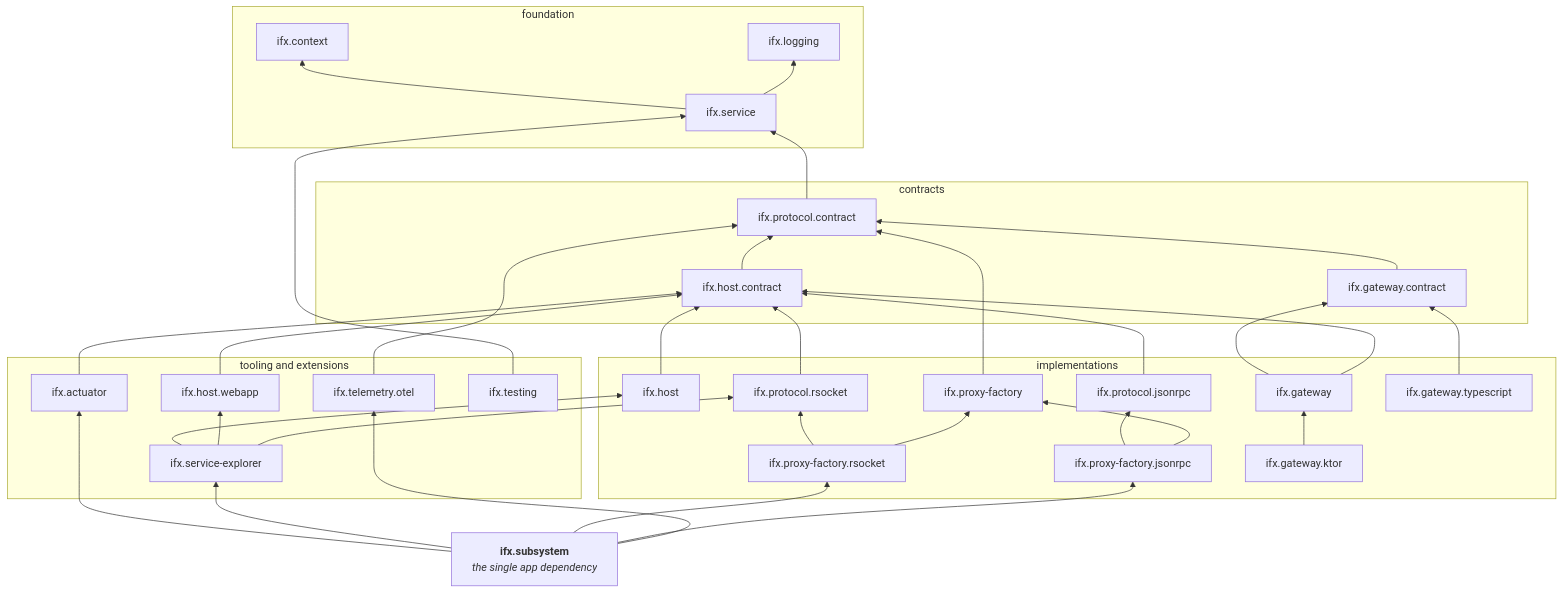
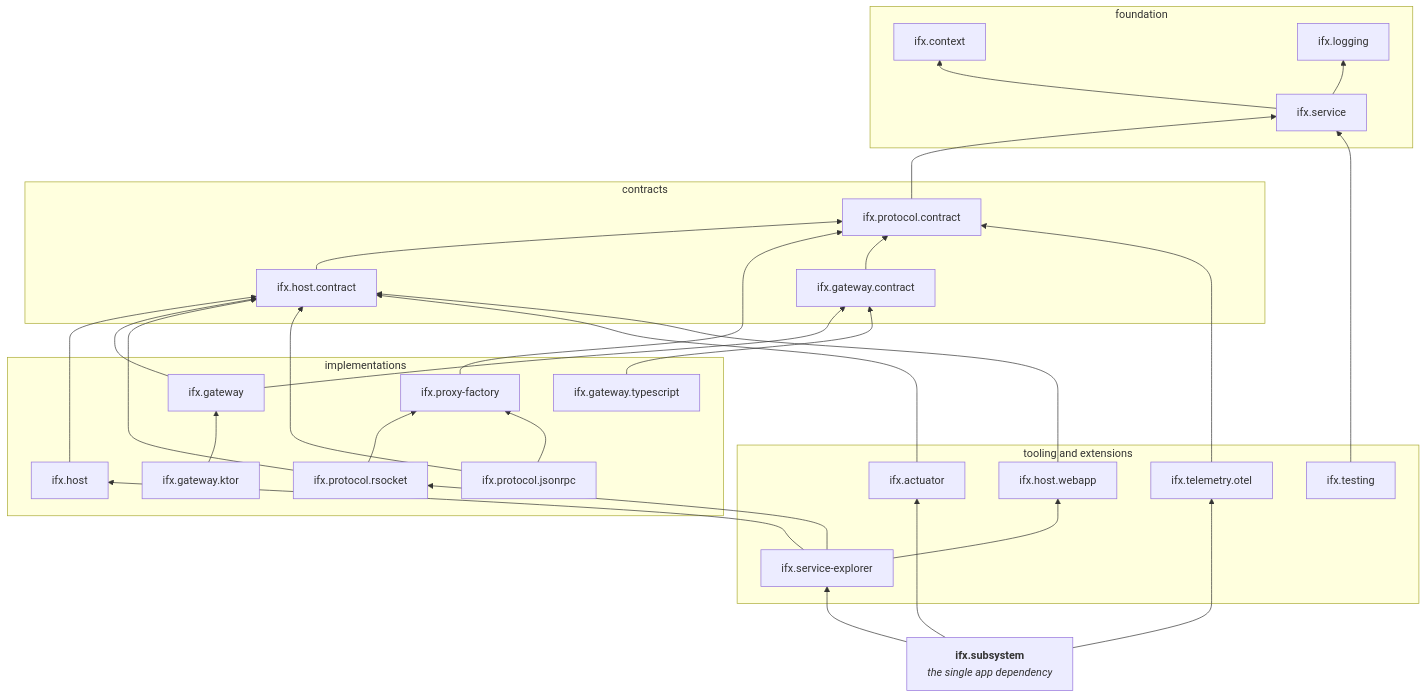
The second of 10 diagrams in docs/diagrams.md (carbide-ifx/carbide), drawn with Mermaid before and after one commit. The commit also changed other lines of this file and 16 other files, not shown here.

Commit message:
Move proxy factories into protocol modules

````diff
--- a/docs/diagrams.md
+++ b/docs/diagrams.md
@@ -61,66 +61,60 @@
 ```mermaid
 flowchart BT
     subgraph base["foundation"]
         ifx_context["ifx.context"]
         ifx_logging["ifx.logging"]
         ifx_service["ifx.service"]
     end
 
     subgraph contracts["contracts"]
         ifx_protocol_contract["ifx.protocol.contract"]
         ifx_host_contract["ifx.host.contract"]
         ifx_gateway_contract["ifx.gateway.contract"]
     end
 
     subgraph impl["implementations"]
         ifx_host["ifx.host"]
         ifx_proxy_factory["ifx.proxy-factory"]
         ifx_gateway["ifx.gateway"]
         ifx_protocol_rsocket["ifx.protocol.rsocket"]
         ifx_protocol_jsonrpc["ifx.protocol.jsonrpc"]
-        ifx_proxy_factory_rsocket["ifx.proxy-factory.rsocket"]
-        ifx_proxy_factory_jsonrpc["ifx.proxy-factory.jsonrpc"]
         ifx_gateway_ktor["ifx.gateway.ktor"]
         ifx_gateway_typescript["ifx.gateway.typescript"]
     end
 
     subgraph tooling["tooling and extensions"]
         ifx_actuator["ifx.actuator"]
         ifx_host_webapp["ifx.host.webapp"]
         ifx_service_explorer["ifx.service-explorer"]
         ifx_telemetry_otel["ifx.telemetry.otel"]
         ifx_testing["ifx.testing"]
     end
 
     ifx_subsystem["<b>ifx.subsystem</b><br/><i>the single app dependency</i>"]
 
     ifx_service --> ifx_context
     ifx_service --> ifx_logging
     ifx_protocol_contract --> ifx_service
     ifx_host_contract --> ifx_protocol_contract
     ifx_proxy_factory --> ifx_protocol_contract
     ifx_gateway_contract --> ifx_protocol_contract
     ifx_host --> ifx_host_contract
     ifx_gateway --> ifx_gateway_contract
     ifx_gateway --> ifx_host_contract
     ifx_protocol_rsocket --> ifx_host_contract
     ifx_protocol_jsonrpc --> ifx_host_contract
-    ifx_proxy_factory_rsocket --> ifx_protocol_rsocket
-    ifx_proxy_factory_rsocket --> ifx_proxy_factory
-    ifx_proxy_factory_jsonrpc --> ifx_protocol_jsonrpc
-    ifx_proxy_factory_jsonrpc --> ifx_proxy_factory
+    ifx_protocol_rsocket --> ifx_proxy_factory
+    ifx_protocol_jsonrpc --> ifx_proxy_factory
     ifx_gateway_ktor --> ifx_gateway
     ifx_gateway_typescript --> ifx_gateway_contract
     ifx_actuator --> ifx_host_contract
     ifx_host_webapp --> ifx_host_contract
     ifx_service_explorer --> ifx_host
     ifx_service_explorer --> ifx_host_webapp
     ifx_service_explorer --> ifx_protocol_rsocket
     ifx_telemetry_otel --> ifx_protocol_contract
     ifx_testing --> ifx_service
     ifx_subsystem --> ifx_actuator
     ifx_subsystem --> ifx_service_explorer
-    ifx_subsystem --> ifx_proxy_factory_rsocket
-    ifx_subsystem --> ifx_proxy_factory_jsonrpc
     ifx_subsystem --> ifx_telemetry_otel
 ```
````
